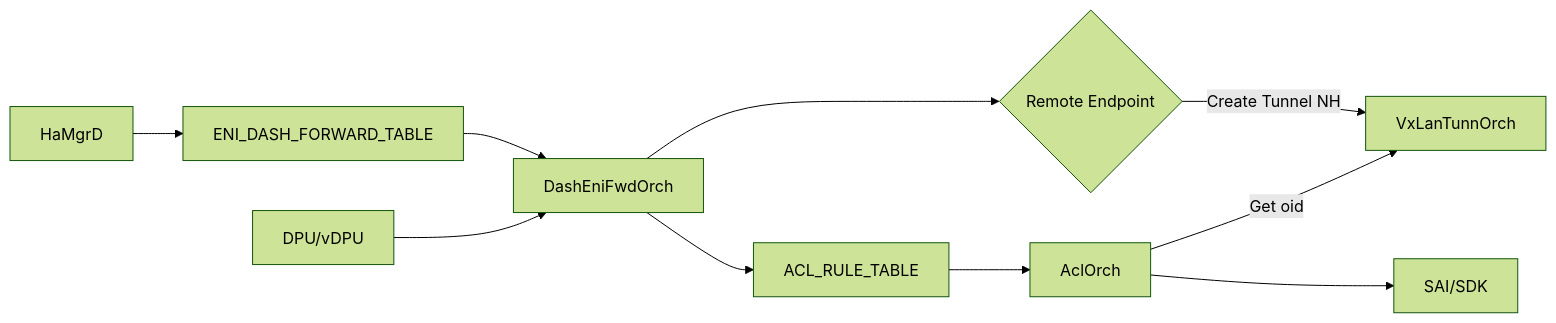
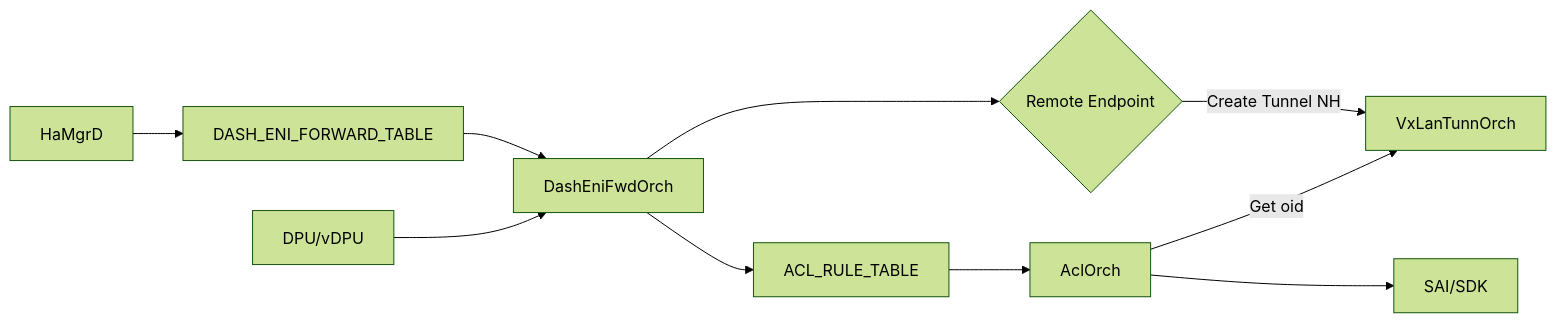
One commit to sonic-net/SONiC changed the first of 2 diagrams in doc/smart-switch/high-availability/eni-based-forwarding.md. Above: the diagram before and after it, drawn with Mermaid (forest theme). The commit also changed other lines of this file, not shown here.

````diff
--- a/doc/smart-switch/high-availability/eni-based-forwarding.md
+++ b/doc/smart-switch/high-availability/eni-based-forwarding.md
@@ -257,17 +257,17 @@
 ```mermaid
 flowchart LR
-    ENI_TABLE[ENI_DASH_FORWARD_TABLE]
+    ENI_TABLE[DASH_ENI_FORWARD_TABLE]
 
     HaMgrD --> ENI_TABLE
     ENI_TABLE --> DashEniFwdOrch
     DPU/vDPU --> DashEniFwdOrch
 
     DashEniFwdOrch --> Ques1{Remote Endpoint}
     Ques1 --> |Create Tunnel NH| VxLanTunnOrch
 
     DashEniFwdOrch --> ACL_RULE_TABLE
 
     AclOrch --> |Get oid| VxLanTunnOrch
     ACL_RULE_TABLE --> AclOrch
     AclOrch --> SAI/SDK
 ```
````
